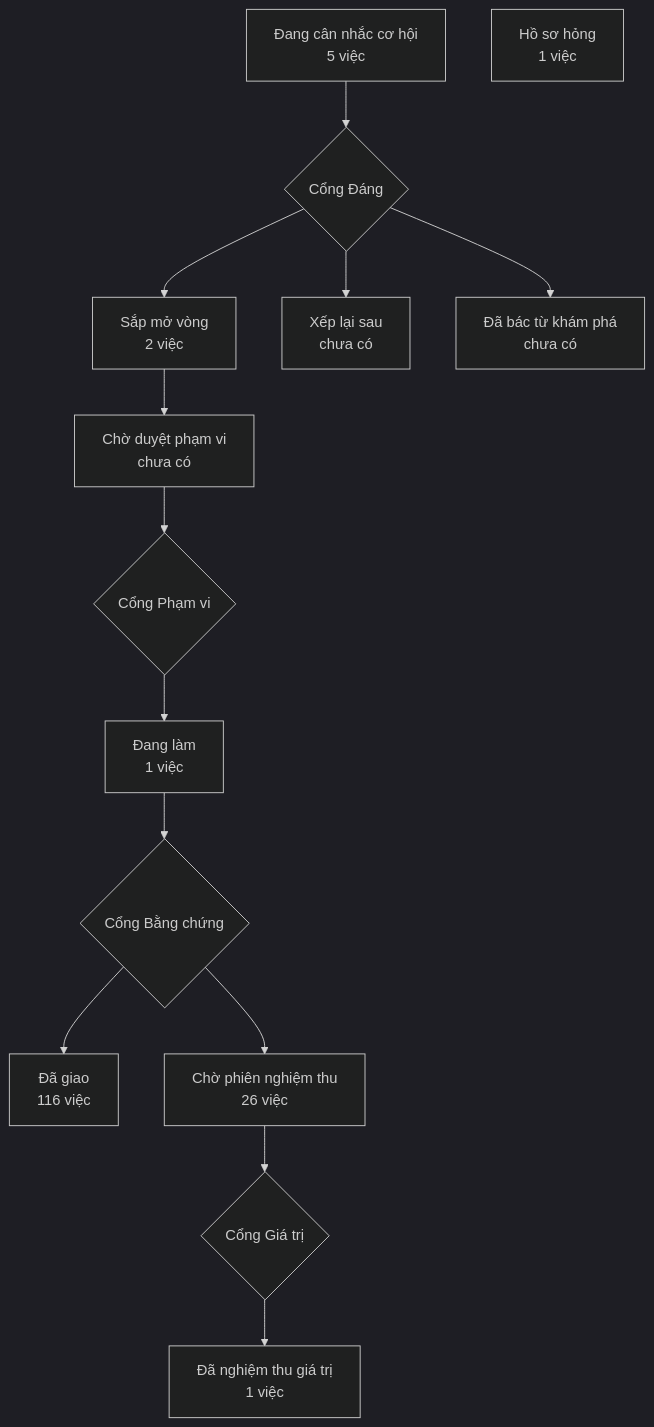
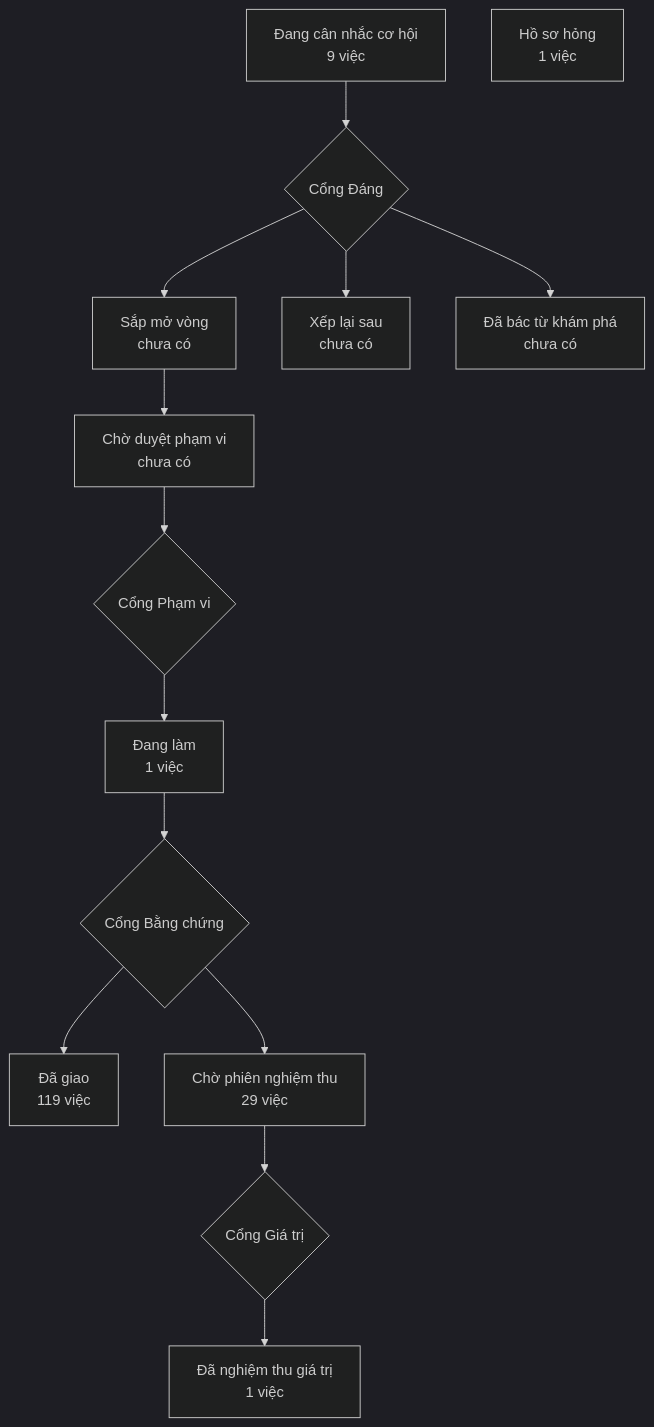
The diagram in PRODUCT-MAP.md (phanlemanh/crm-onehub), drawn with Mermaid (dark theme) before and after one commit. The commit also changed other lines of this file and 1 other file, not shown here.

````diff
--- a/PRODUCT-MAP.md
+++ b/PRODUCT-MAP.md
@@ -6,13 +7,13 @@
 ```mermaid
 flowchart TD
-  A["Đang cân nhắc cơ hội<br/>5 việc"] --> GD{"Cổng Đáng"}
-  GD --> B["Sắp mở vòng<br/>2 việc"]
+  A["Đang cân nhắc cơ hội<br/>9 việc"] --> GD{"Cổng Đáng"}
+  GD --> B["Sắp mở vòng<br/>chưa có"]
   GD --> XL["Xếp lại sau<br/>chưa có"]
   GD --> DB["Đã bác từ khám phá<br/>chưa có"]
   B --> CD["Chờ duyệt phạm vi<br/>chưa có"] --> GP{"Cổng Phạm vi"}
   GP --> DL["Đang làm<br/>1 việc"] --> GB{"Cổng Bằng chứng"}
-  GB --> DG["Đã giao<br/>116 việc"]
-  GB --> CN["Chờ phiên nghiệm thu<br/>26 việc"] --> GG{"Cổng Giá trị"}
+  GB --> DG["Đã giao<br/>119 việc"]
+  GB --> CN["Chờ phiên nghiệm thu<br/>29 việc"] --> GG{"Cổng Giá trị"}
   GG --> NT["Đã nghiệm thu giá trị<br/>1 việc"]
   HS["Hồ sơ hỏng<br/>1 việc"]
 ```
````
